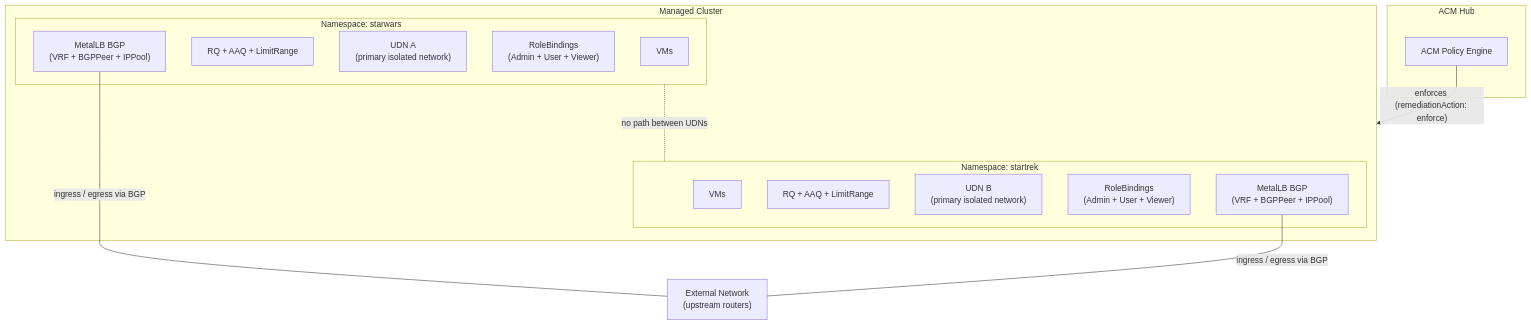
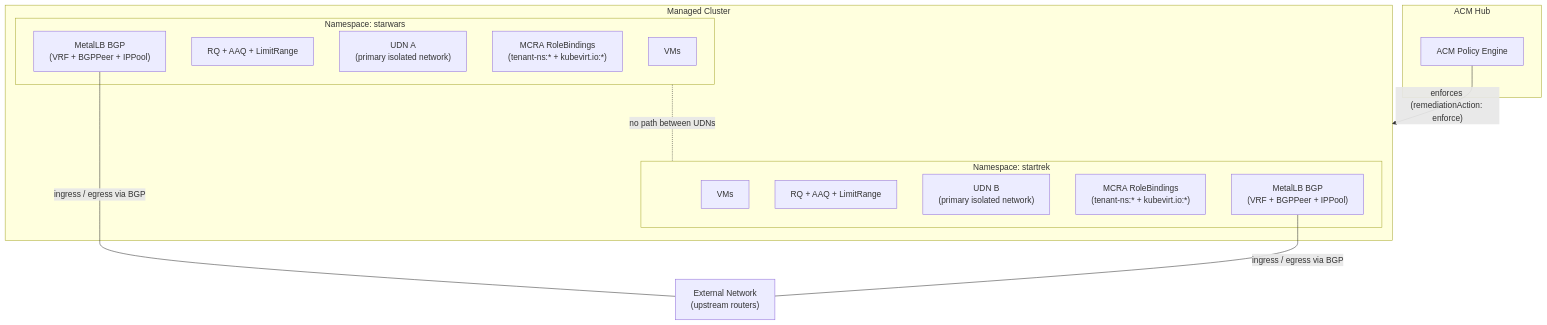
Before and after one commit to ngner/tenancy-by-acm-policy: the first of 3 diagrams in docs/tenancy-model.md, drawn with Mermaid. The commit also changed other lines of this file and 12 other files, not shown here.

````diff
--- a/docs/tenancy-model.md
+++ b/docs/tenancy-model.md
@@ -83,27 +86,27 @@
 ```mermaid
 flowchart TD
     subgraph hub [ACM Hub]
         policy[ACM Policy Engine]
     end
     subgraph managed [Managed Cluster]
         subgraph tenantA ["Namespace: starwars"]
             vmA[VMs]
             quotaA["RQ + AAQ + LimitRange"]
             udnA["UDN A\n(primary isolated network)"]
-            rbacA["RoleBindings\n(Admin + User + Viewer)"]
+            rbacA["MCRA RoleBindings\n(tenant-ns:* + kubevirt.io:*)"]
             metallbA["MetalLB BGP\n(VRF + BGPPeer + IPPool)"]
         end
         subgraph tenantB ["Namespace: startrek"]
             vmB[VMs]
             quotaB["RQ + AAQ + LimitRange"]
             udnB["UDN B\n(primary isolated network)"]
-            rbacB["RoleBindings\n(Admin + User + Viewer)"]
+            rbacB["MCRA RoleBindings\n(tenant-ns:* + kubevirt.io:*)"]
             metallbB["MetalLB BGP\n(VRF + BGPPeer + IPPool)"]
         end
         tenantA -."no path between UDNs".- tenantB
     end
     external["External Network\n(upstream routers)"]
     policy -->|"enforces (remediationAction: enforce)"| managed
     metallbA ---|"ingress / egress via BGP"| external
     metallbB ---|"ingress / egress via BGP"| external
 ```
````
